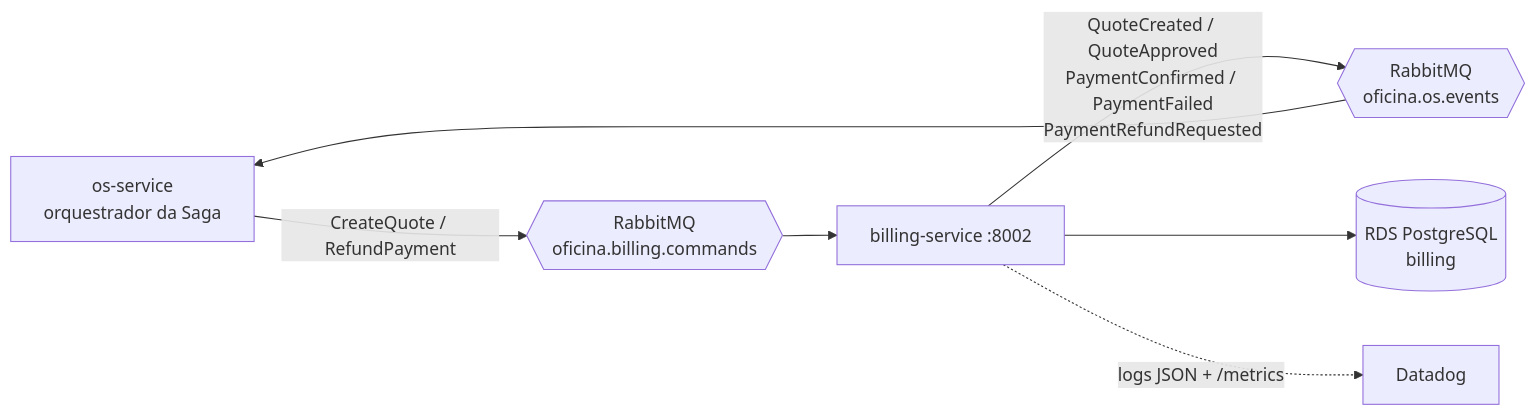
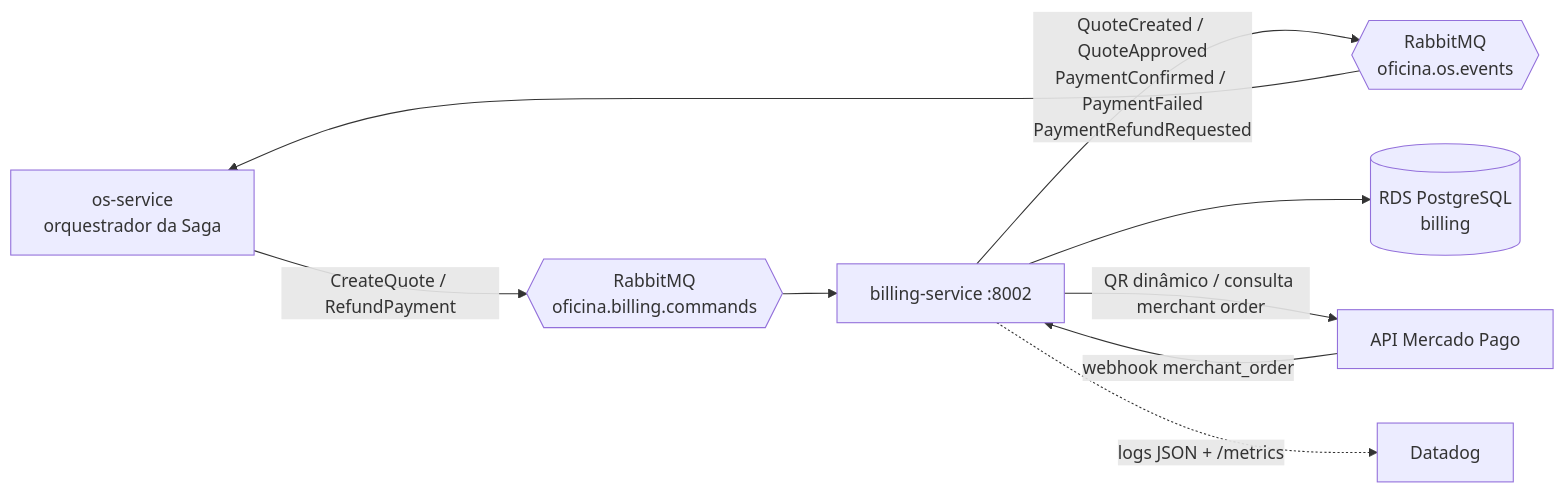
The diagram in README.md (jptureta/PosTechFiap_Mecanica_billing-service), drawn with Mermaid before and after one commit. The commit also changed other lines of this file and 7 other files, not shown here.

Commit message:
feat: integração Mercado Pago (QR dinâmico) com eventos via RabbitMQ

````diff
--- a/README.md
+++ b/README.md
@@ -46,9 +58,11 @@
 ```mermaid
 flowchart LR
   OS[os-service<br/>orquestrador da Saga] -- CreateQuote / RefundPayment --> Q1{{RabbitMQ<br/>oficina.billing.commands}}
   Q1 --> B[billing-service :8002]
   B -- QuoteCreated / QuoteApproved<br/>PaymentConfirmed / PaymentFailed<br/>PaymentRefundRequested --> Q2{{RabbitMQ<br/>oficina.os.events}}
   Q2 --> OS
   B --> PG[(RDS PostgreSQL<br/>billing)]
+  B -- QR dinâmico / consulta merchant order --> MP[API Mercado Pago]
+  MP -- webhook merchant_order --> B
   B -. logs JSON + /metrics .-> DD[Datadog]
 ```
````
